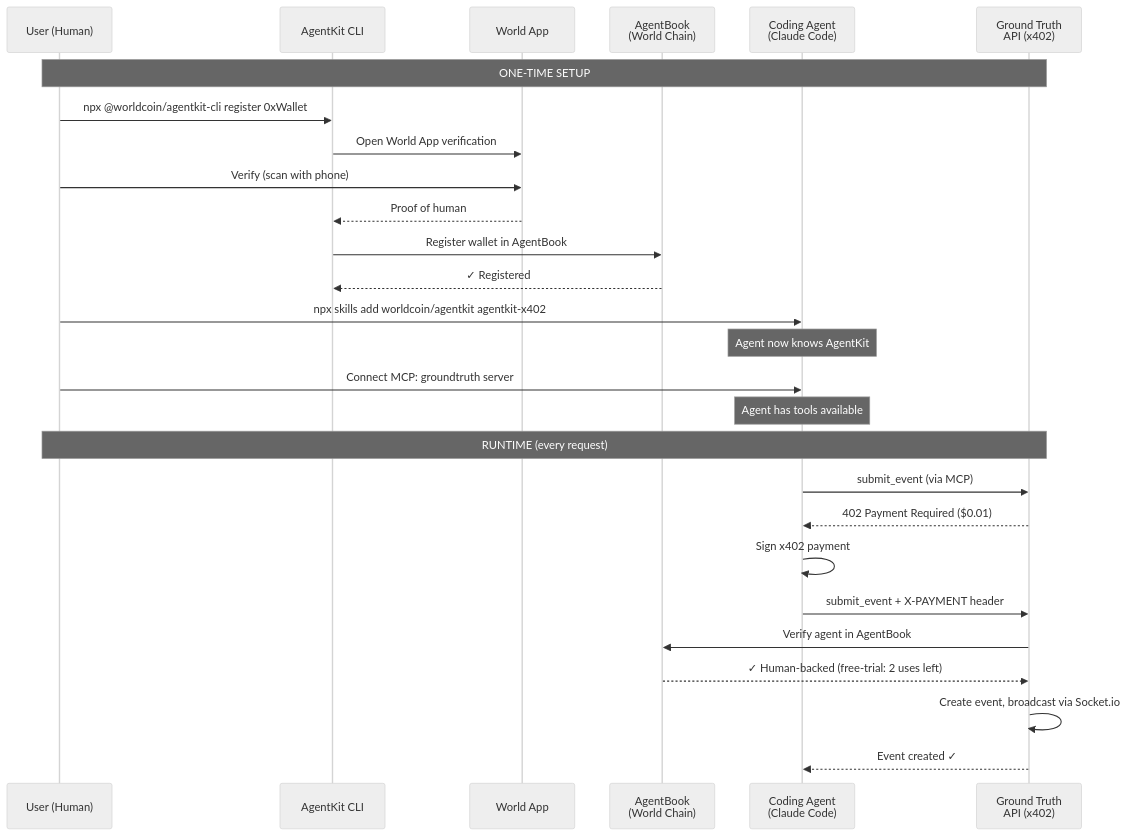
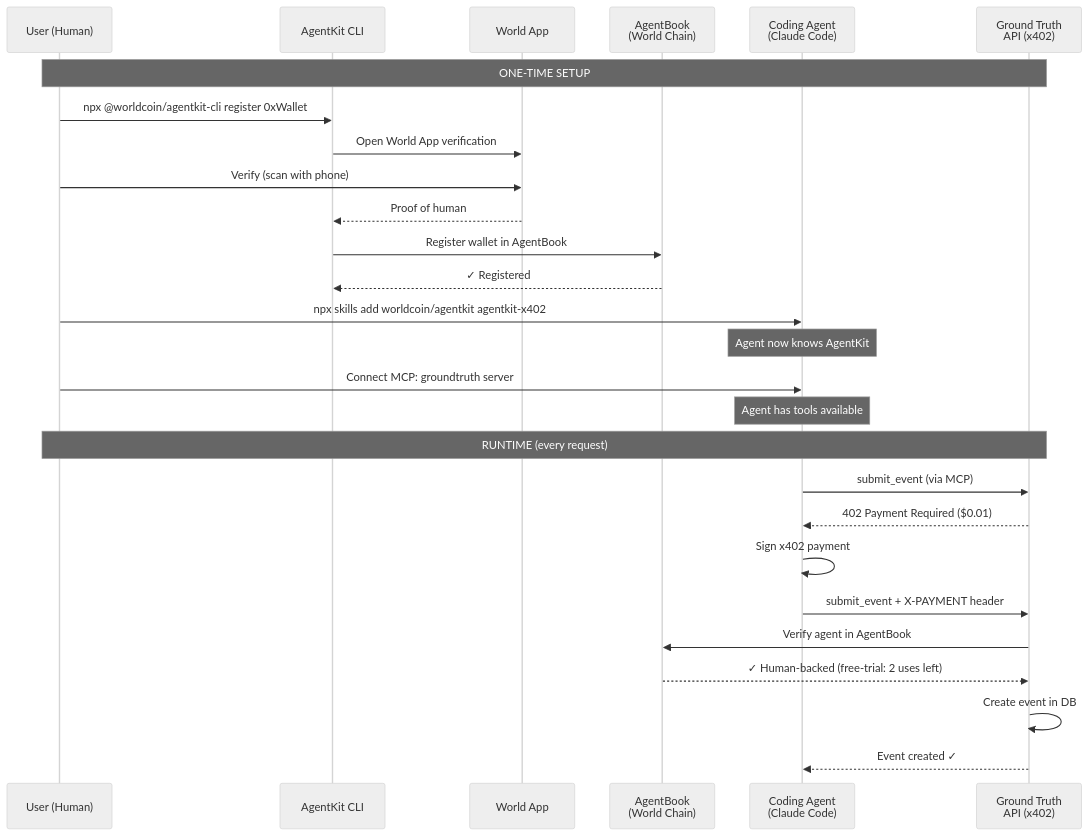
Before and after one commit to grmkris/ethglobal-cannes-2026-groundtruth: the ninth of 9 diagrams in spec/diagrams-groundtruth.md, drawn with Mermaid (neutral theme). The commit also changed other lines of this file and 2 other files, not shown here.

Commit message:
chore: remove .env from git tracking

````diff
--- a/spec/diagrams-groundtruth.md
+++ b/spec/diagrams-groundtruth.md
@@ -377,35 +375,35 @@
 ```mermaid
 sequenceDiagram
     participant U as User (Human)
     participant CLI as AgentKit CLI
     participant WA as World App
     participant AB as AgentBook<br/>(World Chain)
     participant AG as Coding Agent<br/>(Claude Code)
     participant GT as Ground Truth<br/>API (x402)
 
     Note over U,GT: ONE-TIME SETUP
 
     U->>CLI: npx @worldcoin/agentkit-cli register 0xWallet
     CLI->>WA: Open World App verification
     U->>WA: Verify (scan with phone)
     WA-->>CLI: Proof of human
     CLI->>AB: Register wallet in AgentBook
     AB-->>CLI: ✓ Registered
 
     U->>AG: npx skills add worldcoin/agentkit agentkit-x402
     Note over AG: Agent now knows AgentKit
 
     U->>AG: Connect MCP: groundtruth server
     Note over AG: Agent has tools available
 
     Note over U,GT: RUNTIME (every request)
 
     AG->>GT: submit_event (via MCP)
     GT-->>AG: 402 Payment Required ($0.01)
     AG->>AG: Sign x402 payment
     AG->>GT: submit_event + X-PAYMENT header
     GT->>AB: Verify agent in AgentBook
     AB-->>GT: ✓ Human-backed (free-trial: 2 uses left)
-    GT->>GT: Create event, broadcast via Socket.io
+    GT->>GT: Create event in DB
     GT-->>AG: Event created ✓
 ```
````
